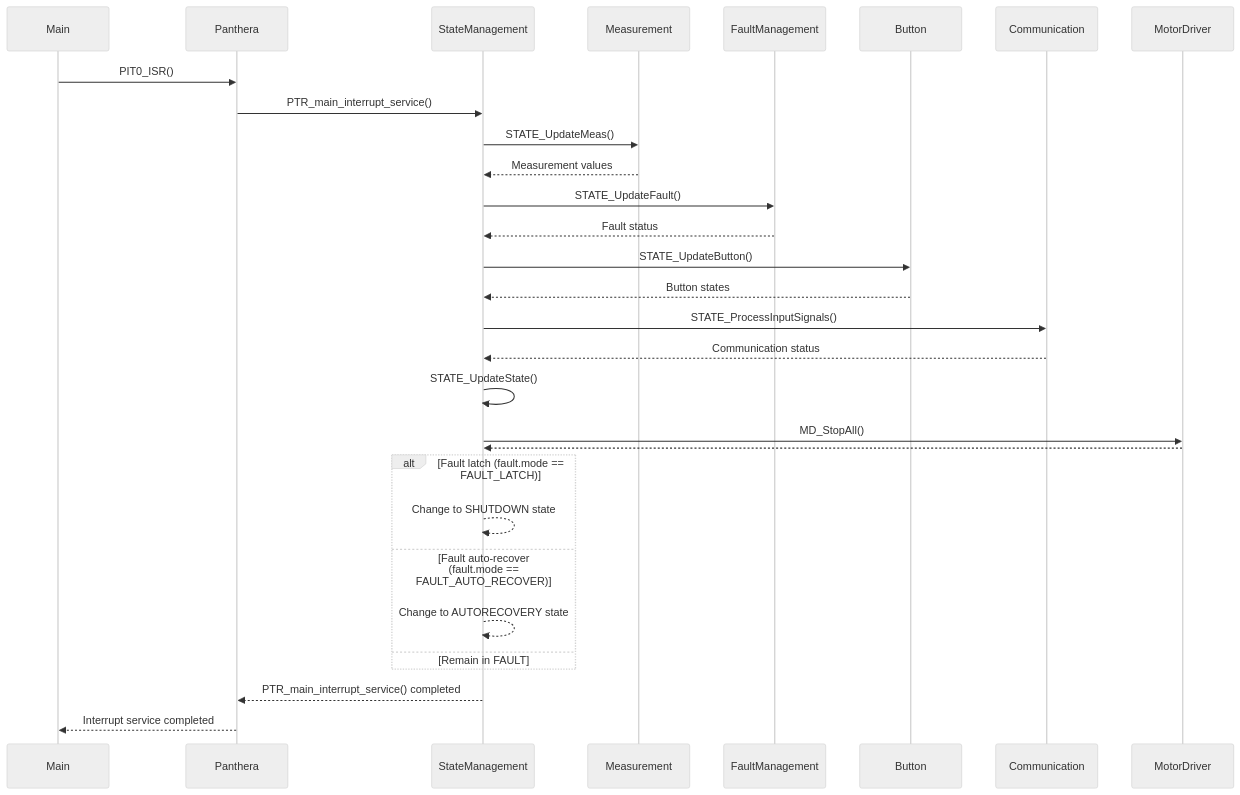
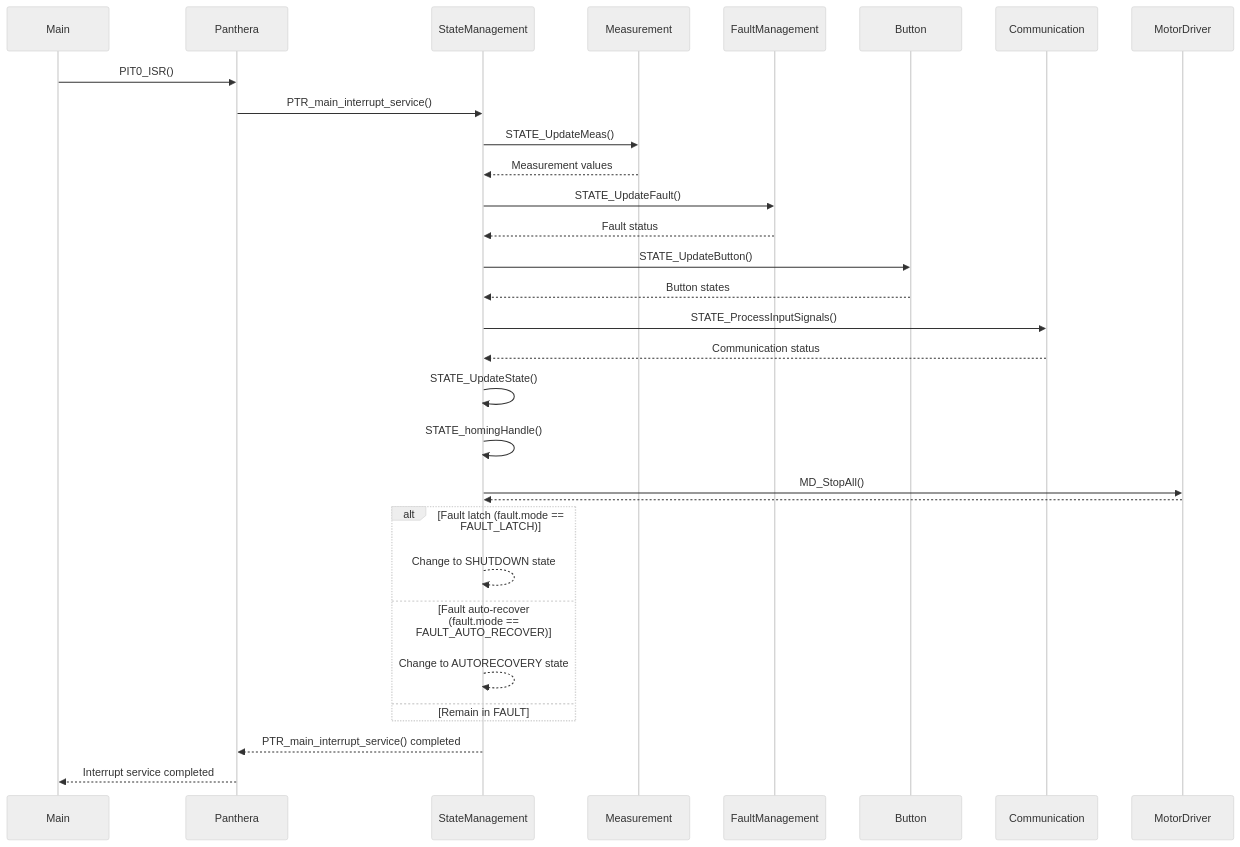
The diagram in Document/DetailState/State_Fault.md (lab-vncommic/PantheraProject), drawn with Mermaid (neutral theme) before and after one commit. The commit also changed 11 other files, not shown here.

````diff
--- a/Document/DetailState/State_Fault.md
+++ b/Document/DetailState/State_Fault.md
@@ -1,41 +1,42 @@
 ```mermaid
 sequenceDiagram
     participant Main as Main
     participant App as Panthera
     participant State as StateManagement
     participant Meas as Measurement
     participant Fault as FaultManagement
     participant Btn as Button
     participant Comm as Communication
     participant Motor as MotorDriver
 
     Main->>App: PIT0_ISR()
     App->>State: PTR_main_interrupt_service()
     State->>Meas: STATE_UpdateMeas()
     Meas-->>State: Measurement values
 
     State->>Fault: STATE_UpdateFault()
     Fault-->>State: Fault status
 
     State->>Btn: STATE_UpdateButton()
     Btn-->>State: Button states
 
     State->>Comm: STATE_ProcessInputSignals()
     Comm-->>State: Communication status
 
     State->>State: STATE_UpdateState()
+    State->>State: STATE_homingHandle()
 
     %% FAULT state logic
     State->>Motor: MD_StopAll()
     Motor-->>State:
 
     alt Fault latch (fault.mode == FAULT_LATCH)
         State-->>State: Change to SHUTDOWN state
     else Fault auto-recover (fault.mode == FAULT_AUTO_RECOVER)
         State-->>State: Change to AUTORECOVERY state
     else Remain in FAULT
     end
 
     State-->>App: PTR_main_interrupt_service() completed
     App-->>Main: Interrupt service completed
 ```
````
